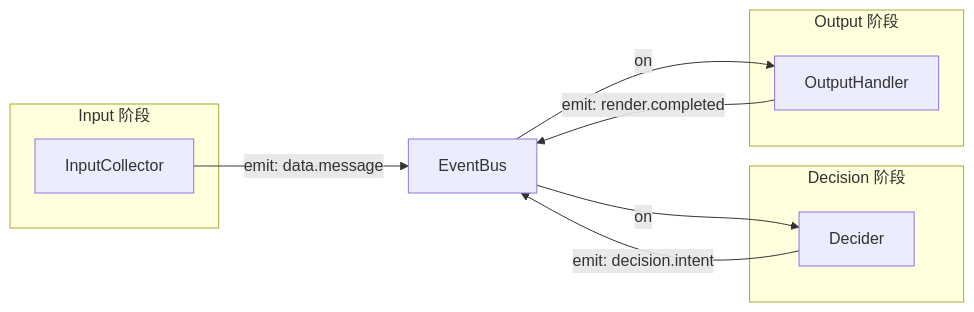
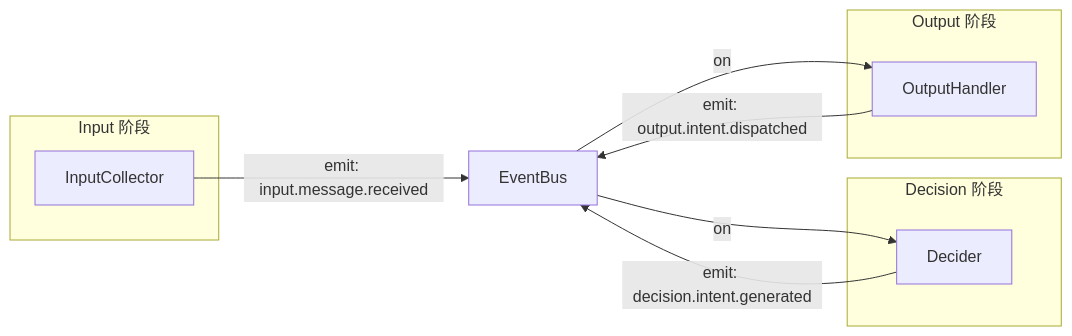
The first of 4 diagrams in docs/architecture/event-system.md (Mai-with-u/Amaidesu), drawn with Mermaid before and after one commit. The commit also changed other lines of this file and 4 other files, not shown here.

````diff
--- a/docs/architecture/event-system.md
+++ b/docs/architecture/event-system.md
@@ -23,21 +23,21 @@
 ```mermaid
 flowchart LR
     subgraph Input[Input 阶段]
         IP[InputCollector]
     end
 
     subgraph Decision[Decision 阶段]
         DP[Decider]
     end
 
     subgraph Output[Output 阶段]
         OP[OutputHandler]
     end
 
-    IP -->|emit: data.message| EB[EventBus]
-    DP -->|emit: decision.intent| EB
-    OP -->|emit: render.completed| EB
+    IP -->|emit: input.message.received| EB[EventBus]
+    DP -->|emit: decision.intent.generated| EB
+    OP -->|emit: output.intent.dispatched| EB
 
     EB -->|on| DP
     EB -->|on| OP
 ```
````
